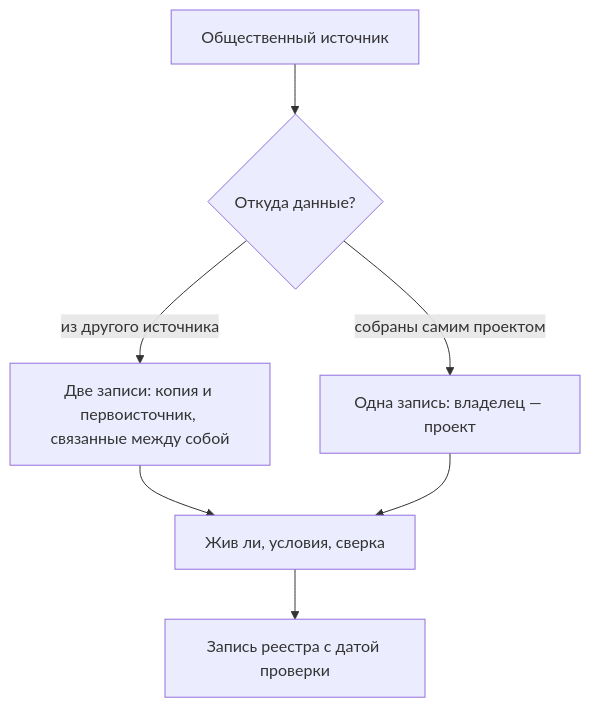
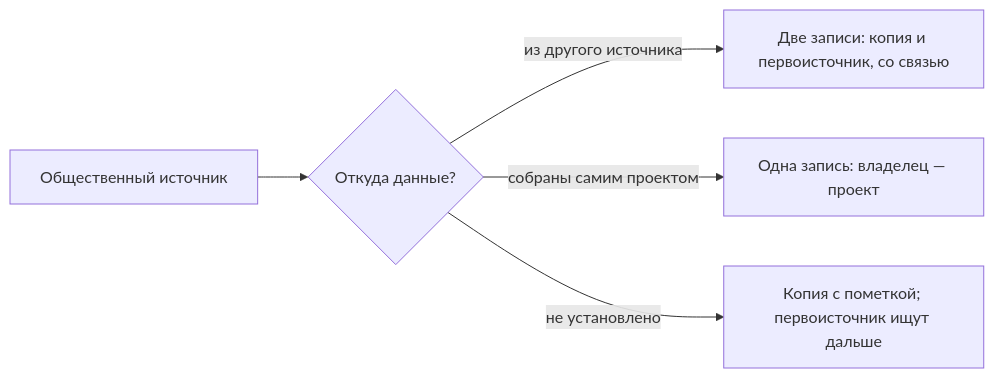
Before and after one commit to ivbeg/data-inventory: the diagram in docs/04-sources/03-public.md, drawn with Mermaid. The commit also changed other lines of this file and 54 other files, not shown here.

````diff
--- a/docs/04-sources/03-public.md
+++ b/docs/04-sources/03-public.md
@@ -20,9 +154,7 @@
 ```mermaid
-flowchart TB
+flowchart LR
   F["Общественный источник"] --> P{"Откуда данные?"}
-  P -- "из другого источника" --> C["Две записи: копия и первоисточник, связанные между собой"]
+  P -- "из другого источника" --> C["Две записи: копия и первоисточник, со связью"]
   P -- "собраны самим проектом" --> S["Одна запись: владелец — проект"]
-  C --> L["Жив ли, условия, сверка"]
-  S --> L
-  L --> R["Запись реестра с датой проверки"]
+  P -- "не установлено" --> U["Копия с пометкой; первоисточник ищут дальше"]
 ```
````
